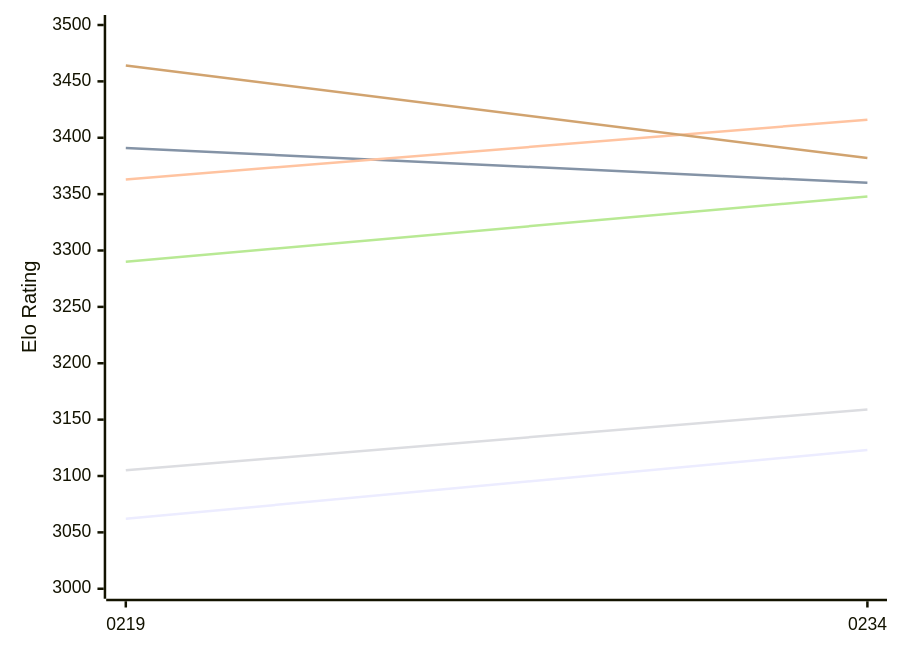
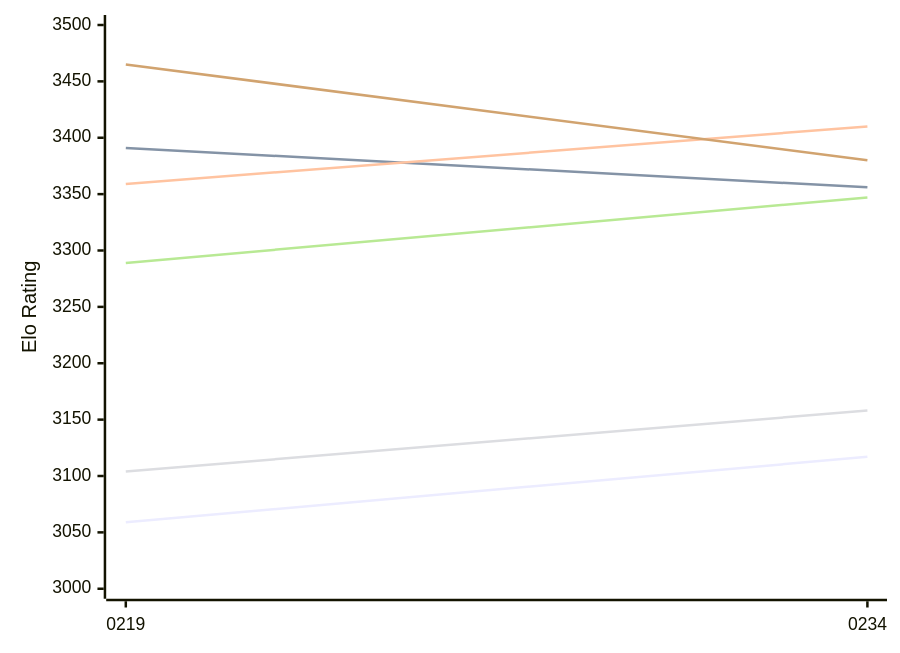
Before and after one commit to computer-chess-index/cci: the first of 2 diagrams in engines/Ynode.md, drawn with Mermaid. The commit also changed other lines of this file, not shown here.

Commit message:
Update CCI Ratings (ELO VLTC) - 2026-11-26

````diff
--- a/engines/Ynode.md
+++ b/engines/Ynode.md
@@ -50,12 +50,12 @@
 ```mermaid
 %%{init: {"theme":"base","themeVariables":{"seriesColors:['#a3a3a3','#222221','#faa371']}}}%%
 xychart-beta
   x-axis ["0219", "0234"]
   y-axis "Elo Rating" 3000 --> 3500
-  line "E1: STC (8.0+0.08s)" [3062, 3123]
-  line "E1: LTC (60.0+0.60s)" [3391, 3360]
-  line "E1: VLTC (2m24s+1.12s)" [3363, 3416]
-  line "P1: STC (8.0+0.08s)" [3105, 3159]
-  line "P1: LTC (60.0+0.60s)" [3290, 3348]
-  line "P1: VLTC (2m24s+1.12s)" [3464, 3382]
+  line "E1: STC (8.0+0.08s)" [3059, 3117]
+  line "E1: LTC (60.0+0.60s)" [3391, 3356]
+  line "E1: VLTC (2m24s+1.12s)" [3359, 3410]
+  line "P1: STC (8.0+0.08s)" [3104, 3158]
+  line "P1: LTC (60.0+0.60s)" [3289, 3347]
+  line "P1: VLTC (2m24s+1.12s)" [3465, 3380]
 ```
````
